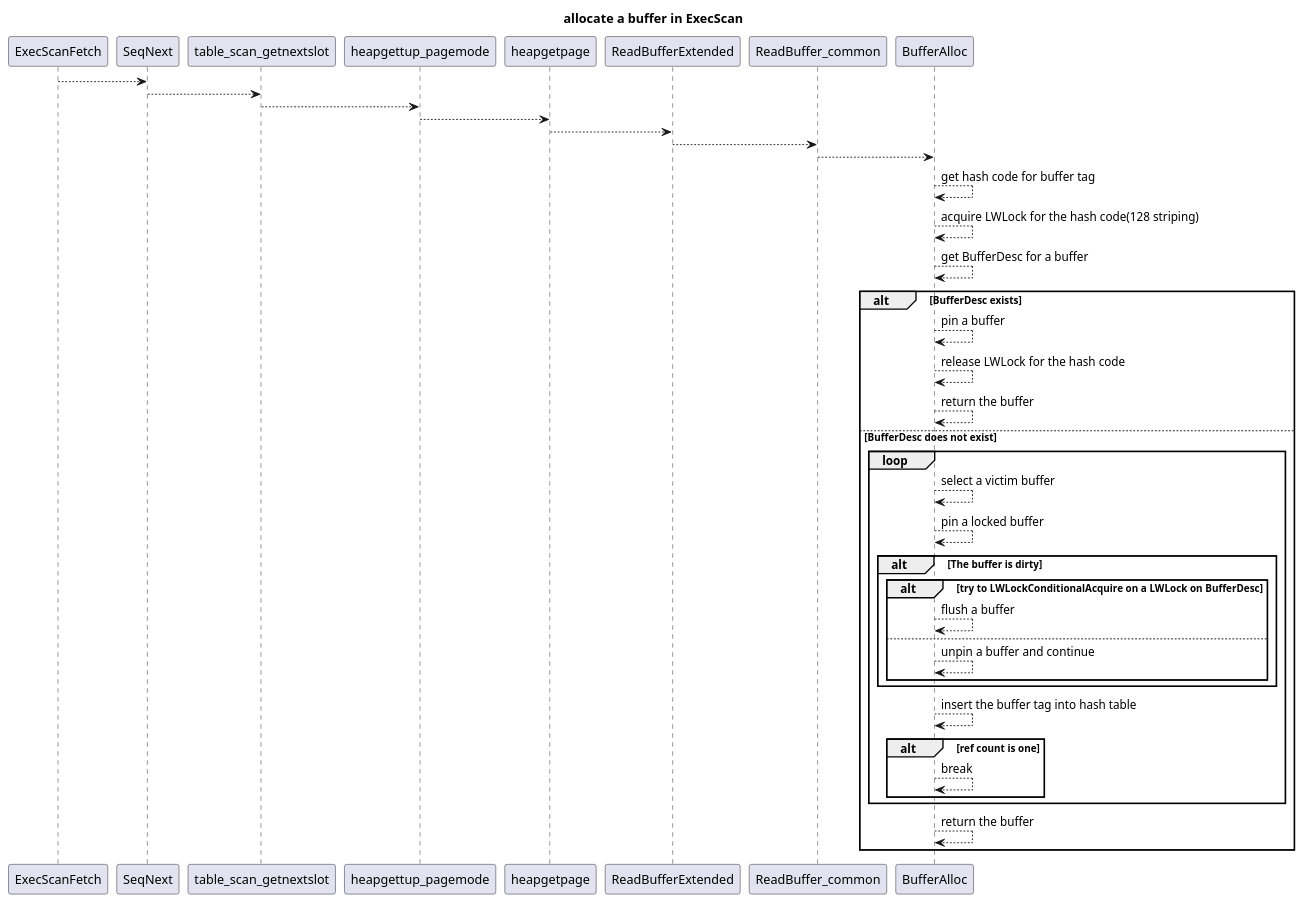
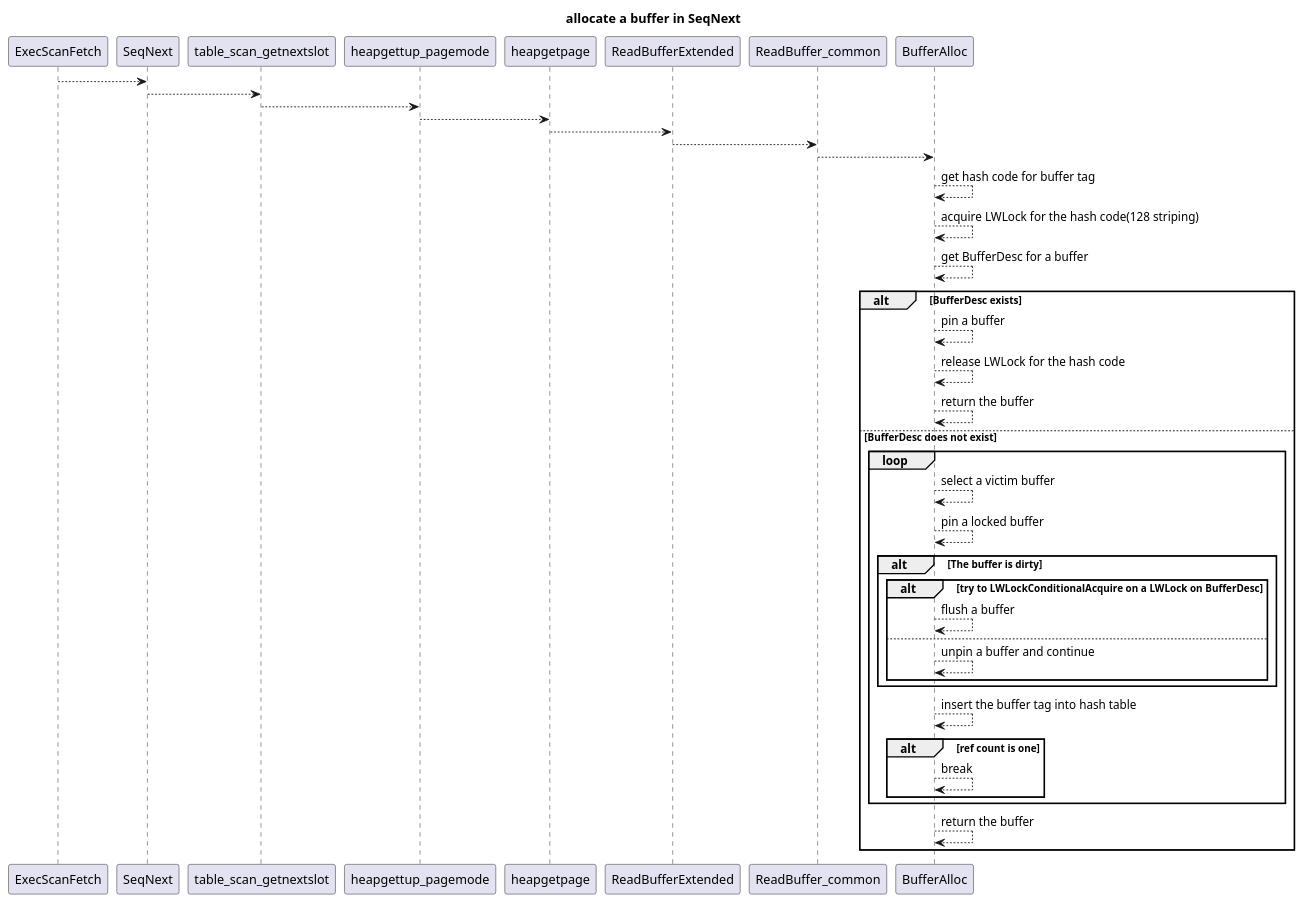
Before and after one commit to zyake/postgres_analysis: the diagram in buffer_sequence.puml, drawn with PlantUML.

```diff
--- a/buffer_sequence.puml
+++ b/buffer_sequence.puml
@@ -1,41 +1,41 @@
 @startuml
-title allocate a buffer in ExecScan
+title allocate a buffer in SeqNext
 
 ExecScanFetch --> SeqNext
 SeqNext --> table_scan_getnextslot
 table_scan_getnextslot --> heapgettup_pagemode
 heapgettup_pagemode --> heapgetpage
 heapgetpage --> ReadBufferExtended
 ReadBufferExtended --> ReadBuffer_common
 ReadBuffer_common --> BufferAlloc
 
 BufferAlloc --> BufferAlloc : get hash code for buffer tag
 BufferAlloc --> BufferAlloc : acquire LWLock for the hash code(128 striping)
 BufferAlloc --> BufferAlloc : get BufferDesc for a buffer
 alt BufferDesc exists
 
     BufferAlloc --> BufferAlloc : pin a buffer
     BufferAlloc --> BufferAlloc : release LWLock for the hash code
     BufferAlloc --> BufferAlloc : return the buffer
 else BufferDesc does not exist
     loop
         BufferAlloc --> BufferAlloc : select a victim buffer
         BufferAlloc --> BufferAlloc : pin a locked buffer
         
         alt The buffer is dirty
             alt try to LWLockConditionalAcquire on a LWLock on BufferDesc
                 BufferAlloc --> BufferAlloc : flush a buffer
             else 
                 BufferAlloc --> BufferAlloc : unpin a buffer and continue
             end 
         end 
 
         BufferAlloc --> BufferAlloc : insert the buffer tag into hash table
         alt ref count is one
             BufferAlloc --> BufferAlloc : break
         end
     end
 
     BufferAlloc --> BufferAlloc : return the buffer
 end
 @enduml
```
